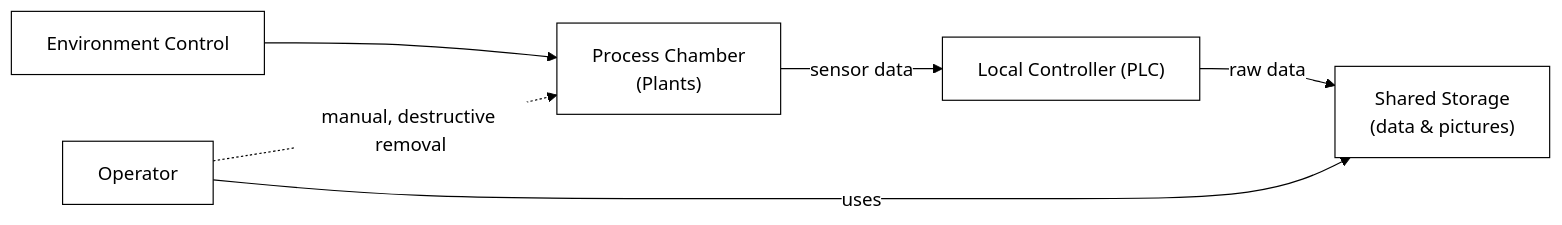
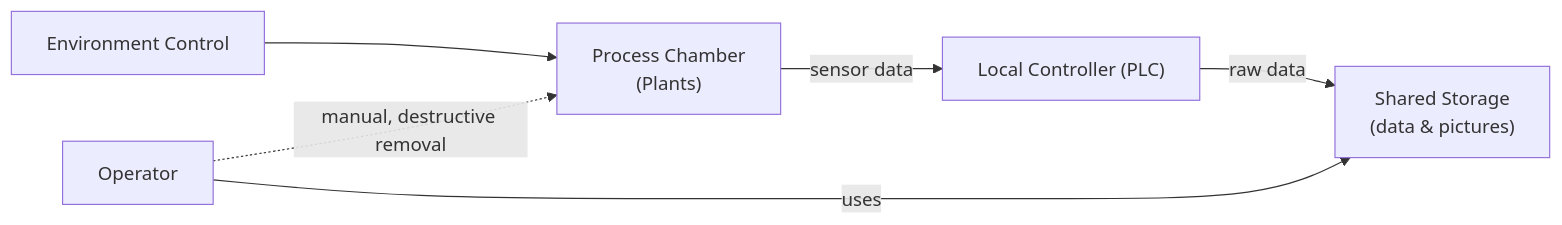
The first of 5 diagrams in README.md (MMarkCoder/Predicting-Rhizome-Development-of-Rhodiola-Plants-with-AI-), drawn with Mermaid before and after one commit.

Commit message:
Simplify mermaid diagram in README
Removed unnecessary theme variables from the mermaid diagram in the README.

````diff
--- a/README.md
+++ b/README.md
@@ -62,9 +62,8 @@
 ```mermaid
-%%{init: {'theme': 'base', 'themeVariables': { 'primaryColor': '#ffffff', 'primaryBorderColor': '#000000', 'primaryTextColor': '#000000', 'lineColor': '#000000', 'secondaryColor': '#ffffff', 'tertiaryColor': '#ffffff', 'mainBkg': '#ffffff', 'clusterBkg': '#ffffff', 'clusterBorder': '#000000', 'edgeLabelBackground': '#ffffff', 'textColor': '#000000' }}}%%
 flowchart LR
     PC["Process Chamber<br/>(Plants)"] -- sensor data --> PLC["Local Controller (PLC)"]
     EnvCtrl["Environment Control"] --> PC
     PLC -- raw data --> Store["Shared Storage<br/>(data & pictures)"]
     Operator["Operator"] -- uses --> Store
     Operator -. manual, destructive removal .-> PC
 ```
````
